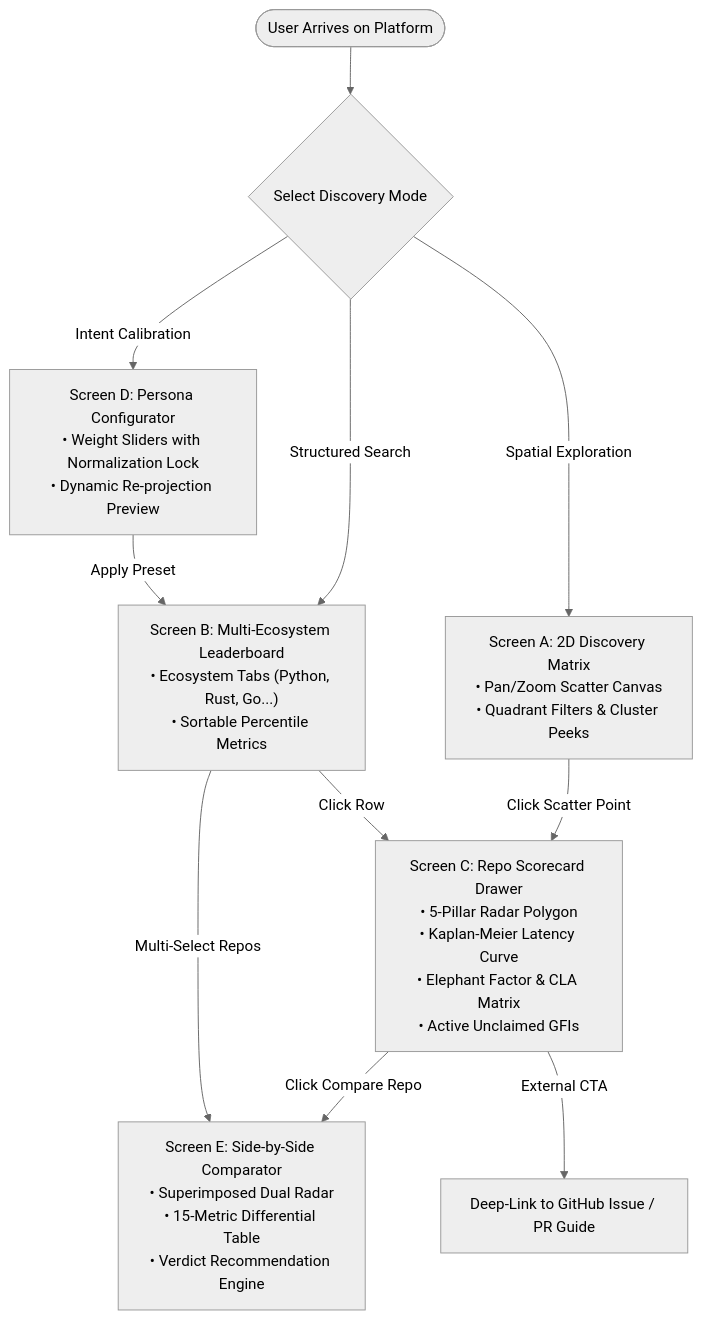
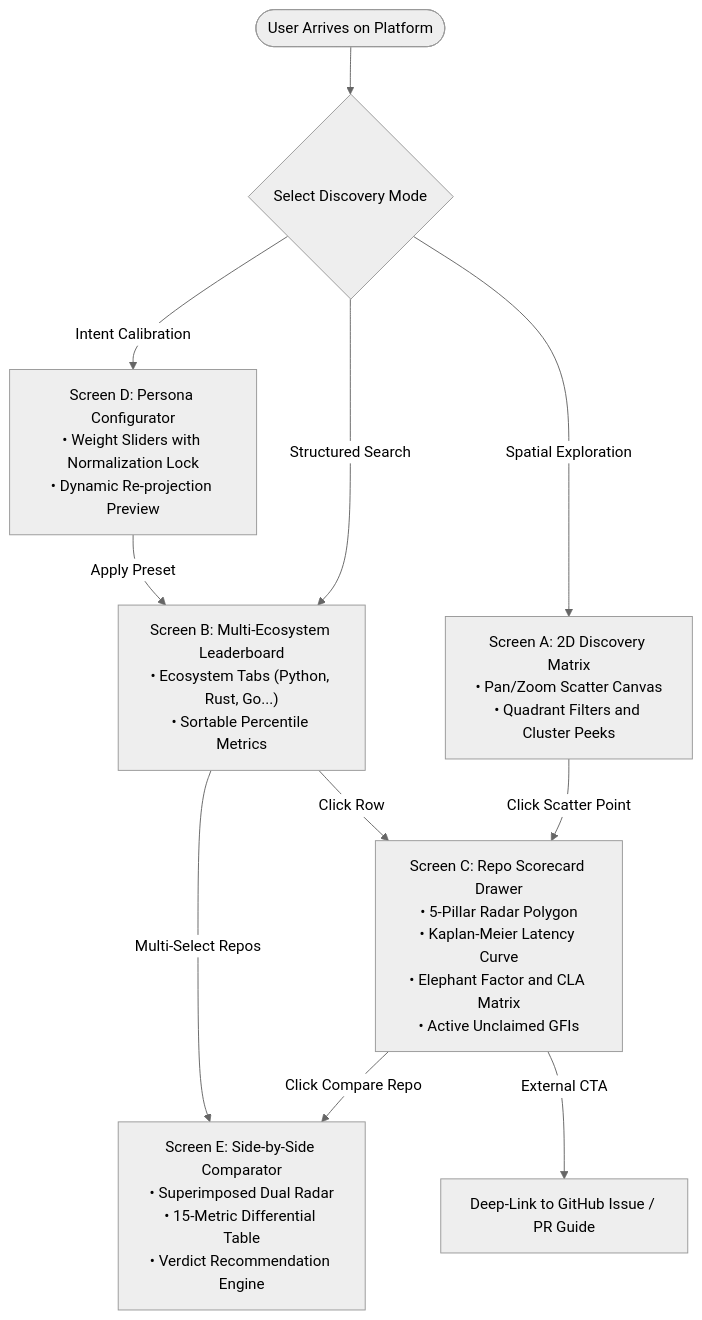
The second of 10 diagrams in docs/UI_UX_SPECIFICATION.md (pctablet505/porchlamp-engine), drawn with Mermaid (neutral theme) before and after one commit. The commit also changed other lines of this file and 3 other files, not shown here.

Commit message:
docs: resolve all GFM, KaTeX, and Mermaid rendering issues across architecture and UI specs

````diff
--- a/docs/UI_UX_SPECIFICATION.md
+++ b/docs/UI_UX_SPECIFICATION.md
@@ -79,17 +79,17 @@
 ```mermaid
 flowchart TD
     Start([User Arrives on Platform]) --> ModeSelect{Select Discovery Mode}
     
-    ModeSelect -->|Spatial Exploration| MatrixView["Screen A: 2D Discovery Matrix<br/>• Pan/Zoom Scatter Canvas<br/>• Quadrant Filters & Cluster Peeks"]
+    ModeSelect -->|Spatial Exploration| MatrixView["Screen A: 2D Discovery Matrix<br/>• Pan/Zoom Scatter Canvas<br/>• Quadrant Filters and Cluster Peeks"]
     ModeSelect -->|Structured Search| LeaderboardView["Screen B: Multi-Ecosystem Leaderboard<br/>• Ecosystem Tabs (Python, Rust, Go...)<br/>• Sortable Percentile Metrics"]
     ModeSelect -->|Intent Calibration| ConfiguratorView["Screen D: Persona Configurator<br/>• Weight Sliders with Normalization Lock<br/>• Dynamic Re-projection Preview"]
 
-    MatrixView -->|Click Scatter Point| ScorecardDrawer["Screen C: Repo Scorecard Drawer<br/>• 5-Pillar Radar Polygon<br/>• Kaplan-Meier Latency Curve<br/>• Elephant Factor & CLA Matrix<br/>• Active Unclaimed GFIs"]
+    MatrixView -->|Click Scatter Point| ScorecardDrawer["Screen C: Repo Scorecard Drawer<br/>• 5-Pillar Radar Polygon<br/>• Kaplan-Meier Latency Curve<br/>• Elephant Factor and CLA Matrix<br/>• Active Unclaimed GFIs"]
     LeaderboardView -->|Click Row| ScorecardDrawer
     ConfiguratorView -->|Apply Preset| LeaderboardView
 
     ScorecardDrawer -->|Click Compare Repo| ComparatorView["Screen E: Side-by-Side Comparator<br/>• Superimposed Dual Radar<br/>• 15-Metric Differential Table<br/>• Verdict Recommendation Engine"]
     LeaderboardView -->|Multi-Select Repos| ComparatorView
 
     ScorecardDrawer -->|External CTA| GitHubPR["Deep-Link to GitHub Issue / PR Guide"]
 ```
````
